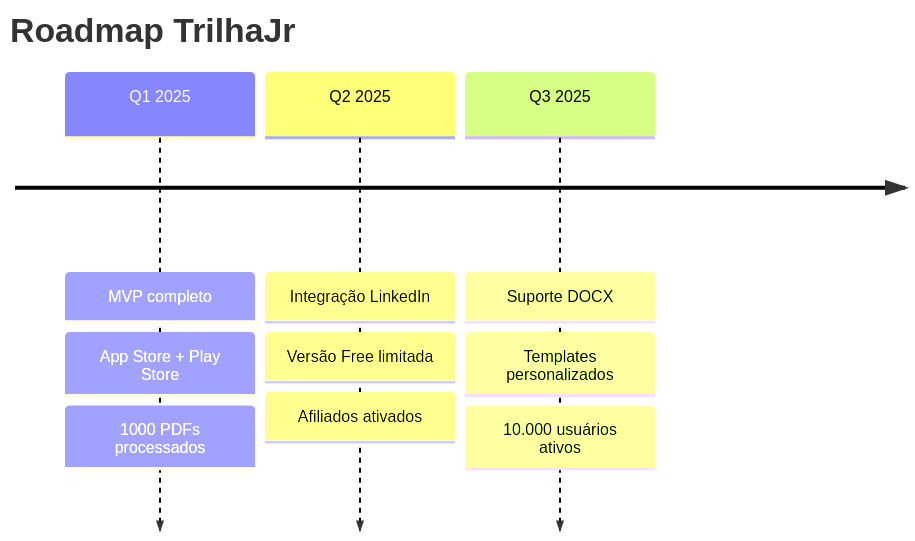
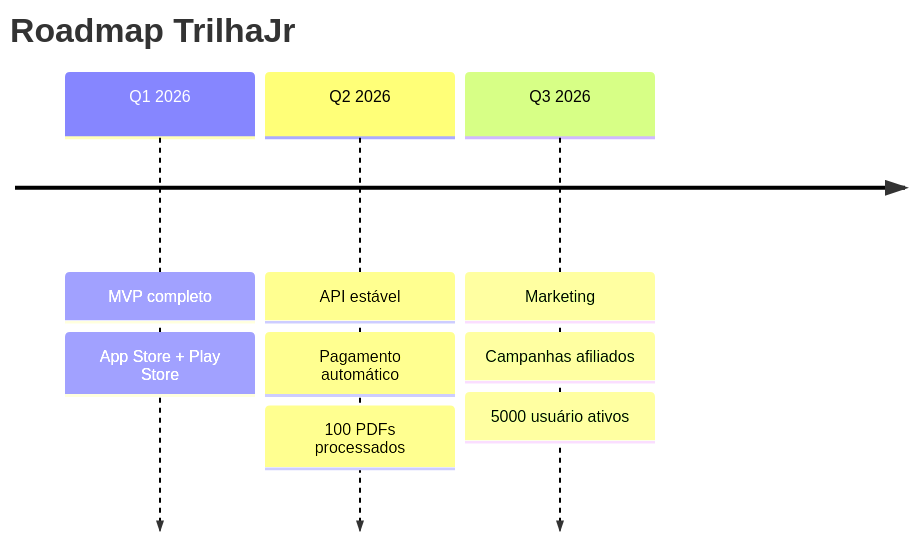
One commit to Regimarcilio/trilhajr-app changed the diagram in trilhajr-app/README.md. Above: the diagram before and after it, drawn with Mermaid. The commit also changed other lines of this file, not shown here.

Commit message:
docs: README atualizado com links GitHub e roadmap 2026

````diff
--- a/trilhajr-app/README.md
+++ b/trilhajr-app/README.md
@@ -206,13 +223,12 @@
 ```mermaid
 timeline
     title Roadmap TrilhaJr
-    Q1 2025 : MVP completo
+    Q1 2026 : MVP completo
               : App Store + Play Store
-              : 1000 PDFs processados
-    Q2 2025 : Integração LinkedIn
-              : Versão Free limitada
-              : Afiliados ativados
-    Q3 2025 : Suporte DOCX
-              : Templates personalizados
-              : 10.000 usuários ativos
+    Q2 2026 : API estável
+              : Pagamento automático
+              : 100 PDFs processados
+    Q3 2026 : Marketing
+              : Campanhas afiliados
+              : 5000 usuário ativos
 ```
````
